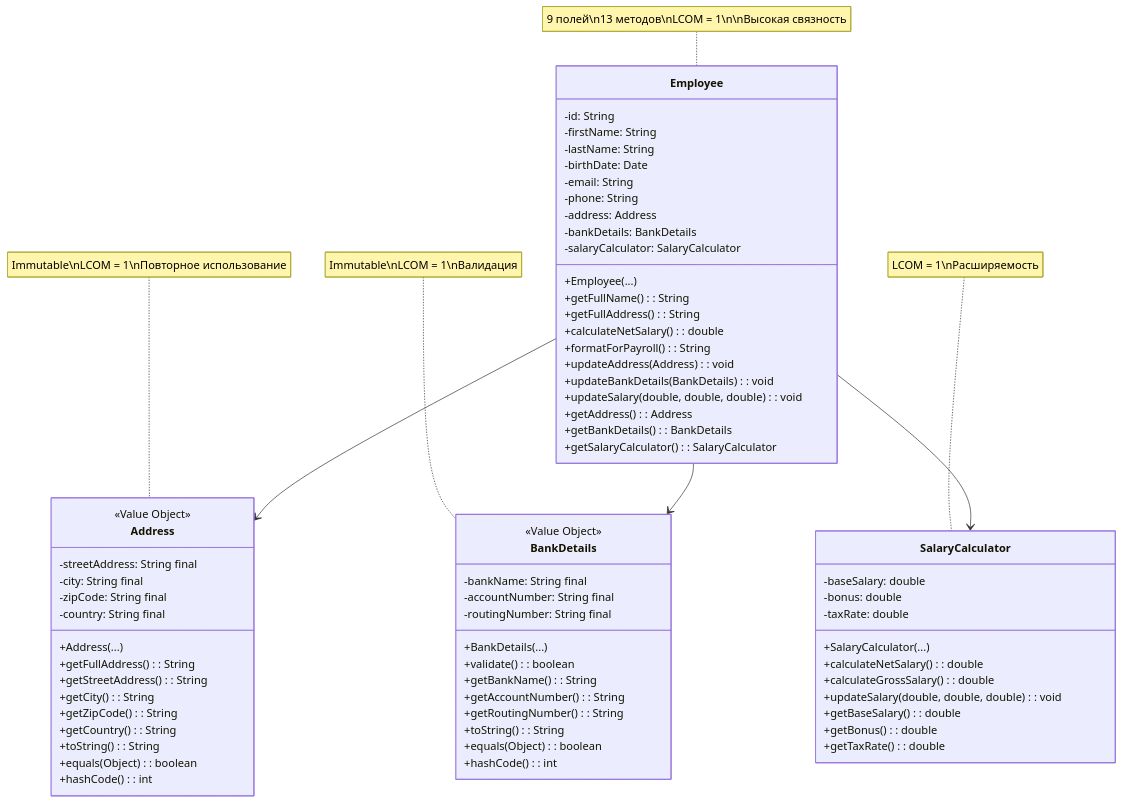
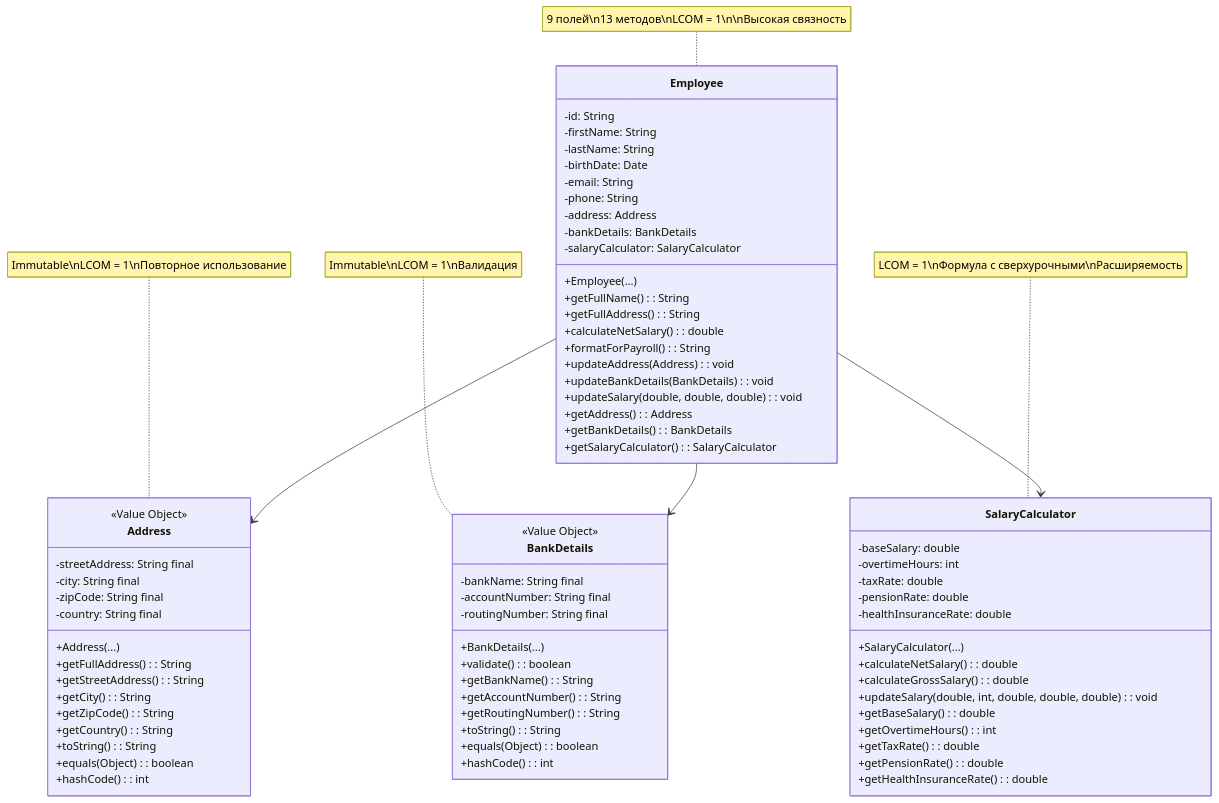
The diagram in task4-extract-class/diagrams/after.md (Mpekvoup/refactoring-tasks_beknur), drawn with Mermaid before and after one commit. The commit also changed 8 other files, not shown here.

````diff
--- a/task4-extract-class/diagrams/after.md
+++ b/task4-extract-class/diagrams/after.md
@@ -59,15 +59,19 @@
 
     class SalaryCalculator {
         -baseSalary: double
-        -bonus: double
+        -overtimeHours: int
         -taxRate: double
+        -pensionRate: double
+        -healthInsuranceRate: double
         +SalaryCalculator(...)
         +calculateNetSalary(): double
         +calculateGrossSalary(): double
-        +updateSalary(double, double, double): void
+        +updateSalary(double, int, double, double, double): void
         +getBaseSalary(): double
-        +getBonus(): double
+        +getOvertimeHours(): int
         +getTaxRate(): double
+        +getPensionRate(): double
+        +getHealthInsuranceRate(): double
     }
 
     Employee --> Address
@@ -77,5 +81,5 @@
     note for Employee "9 полей\n13 методов\nLCOM = 1\n\nВысокая связность"
     note for Address "Immutable\nLCOM = 1\nПовторное использование"
     note for BankDetails "Immutable\nLCOM = 1\nВалидация"
-    note for SalaryCalculator "LCOM = 1\nРасширяемость"
+    note for SalaryCalculator "LCOM = 1\nФормула с сверхурочными\nРасширяемость"
 ```
````
